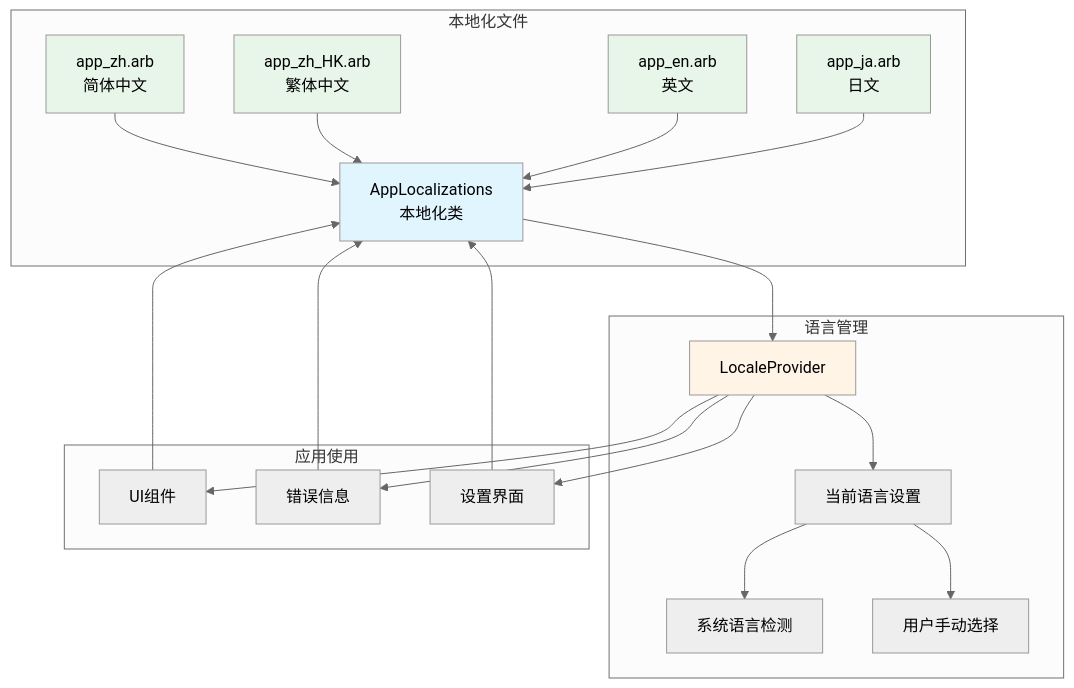
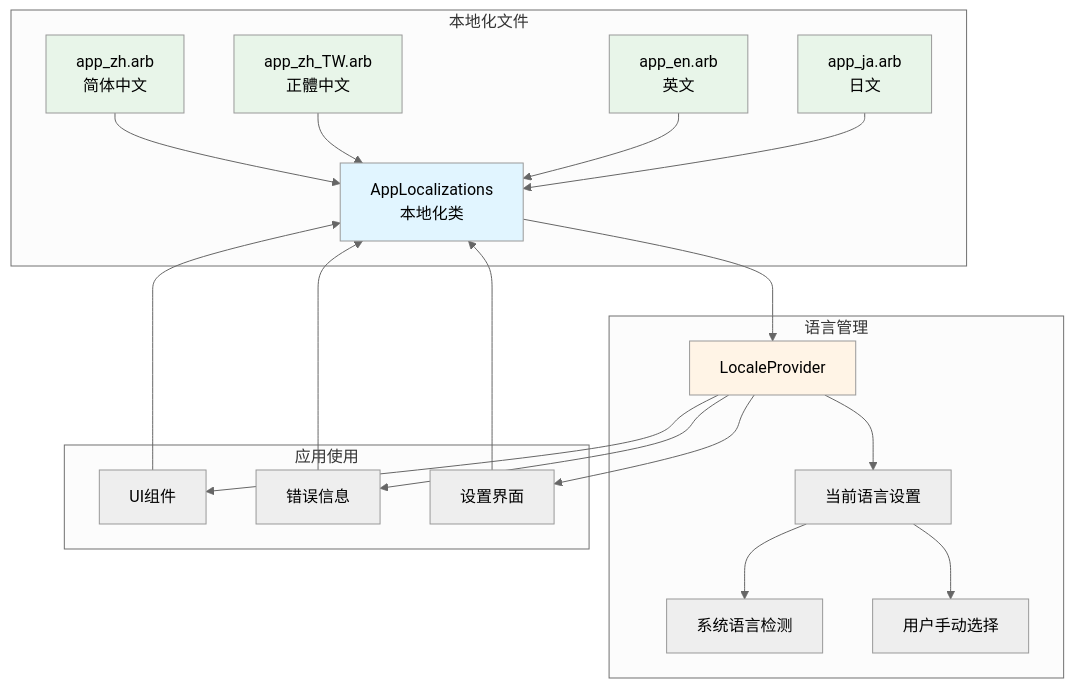
One commit to hoochanlon/Network-Calculator changed the fifth of 11 diagrams in docs/03-架构与技术原理图.md. Above: the diagram before and after it, drawn with Mermaid (neutral theme). The commit also changed other lines of this file and 15 other files, not shown here.

````diff
--- a/docs/03-架构与技术原理图.md
+++ b/docs/03-架构与技术原理图.md
@@ -193,33 +193,33 @@
 ```mermaid
 graph TB
     subgraph "本地化文件"
         A[app_zh.arb<br/>简体中文] --> B[AppLocalizations<br/>本地化类]
-        C[app_zh_HK.arb<br/>繁体中文] --> B
+        C[app_zh_TW.arb<br/>正體中文] --> B
         D[app_en.arb<br/>英文] --> B
         E[app_ja.arb<br/>日文] --> B
     end
 
     subgraph "语言管理"
         F[LocaleProvider] --> G[当前语言设置]
         G --> H[系统语言检测]
         G --> I[用户手动选择]
     end
 
     subgraph "应用使用"
         J[UI组件] --> B
         K[错误信息] --> B
         L[设置界面] --> B
     end
 
     B --> F
     F --> J
     F --> K
     F --> L
 
     style A fill:#e8f5e9
     style C fill:#e8f5e9
     style D fill:#e8f5e9
     style E fill:#e8f5e9
     style F fill:#fff4e6
     style B fill:#e1f5ff
 ```
````
